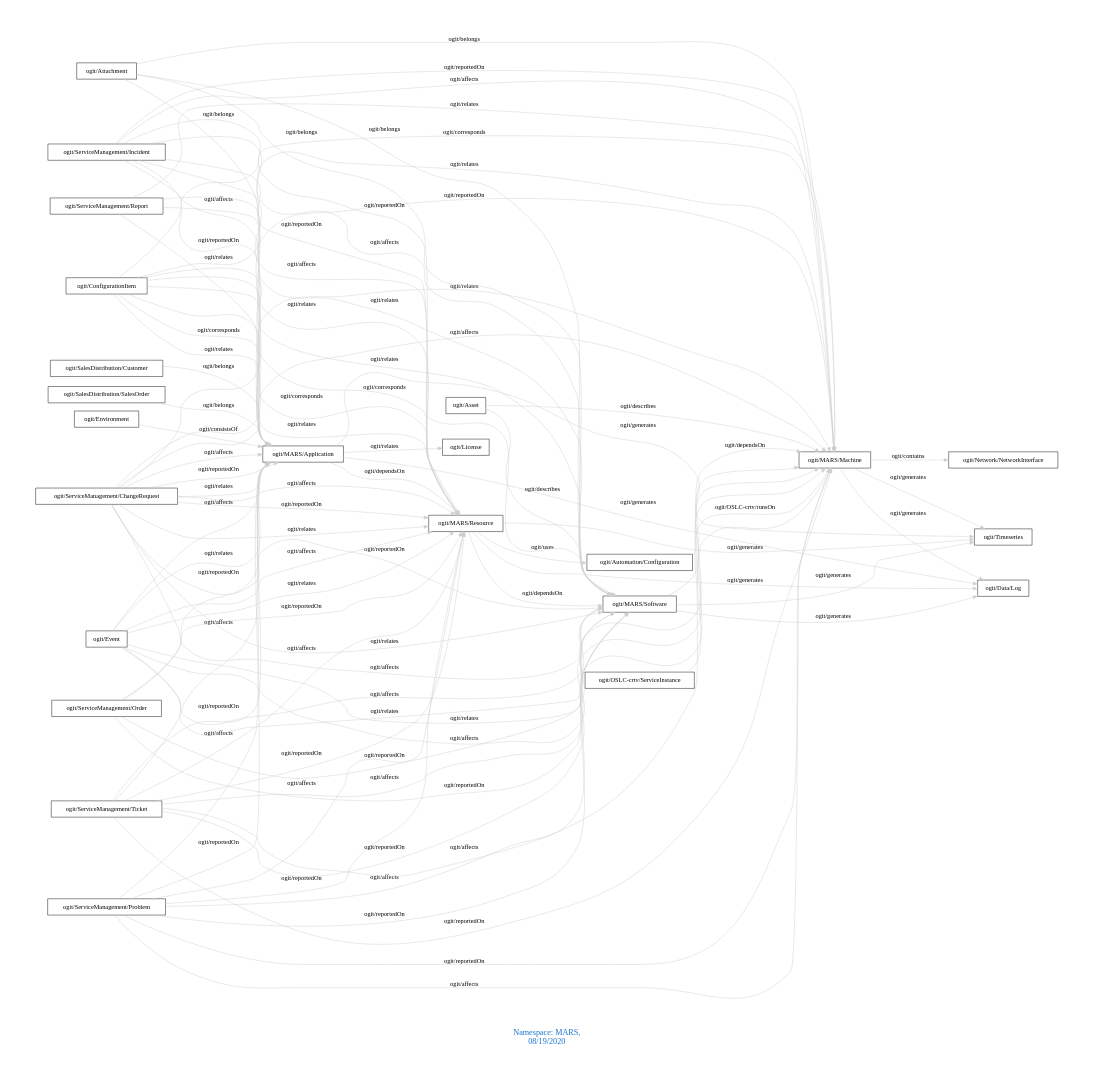
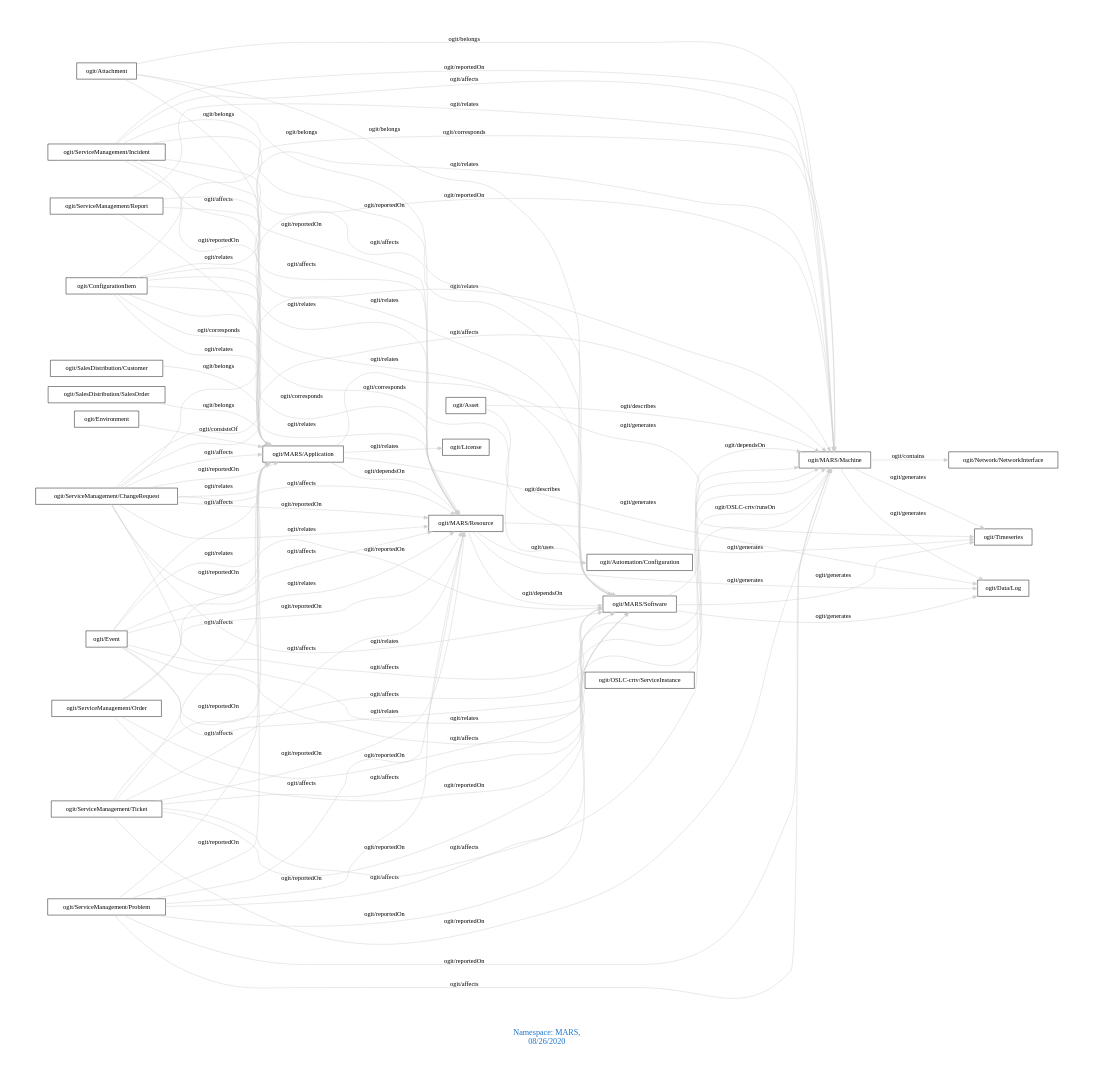
Before and after one commit to arago/OGIT: the diagram in downloads/MARS.dot, drawn with Graphviz. The commit also changed 1814 other files, not shown here.

```diff
--- a/downloads/MARS.dot
+++ b/downloads/MARS.dot
@@ -1,92 +1,92 @@
 digraph OGIT_ontology {
  graph [ rankdir= LR,pad=1 
 fontsize = 18,
-fontcolor= dodgerblue3,label = "\n\n\nNamespace: MARS, \n 08/19/2020"];
+fontcolor= dodgerblue3,label = "\n\n\nNamespace: MARS, \n 08/26/2020"];
 node[shape=polygon];
 edge [  color="gray81"];
 
    "ogit/MARS/Machine" -> "ogit/Network/NetworkInterface" [label="   ogit/contains    "];
    "ogit/MARS/Application" -> "ogit/Data/Log" [label="   ogit/generates    "];
    "ogit/MARS/Application" -> "ogit/Timeseries" [label="   ogit/generates    "];
    "ogit/MARS/Machine" -> "ogit/Data/Log" [label="   ogit/generates    "];
    "ogit/MARS/Machine" -> "ogit/Timeseries" [label="   ogit/generates    "];
    "ogit/MARS/Resource" -> "ogit/Data/Log" [label="   ogit/generates    "];
    "ogit/MARS/Resource" -> "ogit/Timeseries" [label="   ogit/generates    "];
    "ogit/MARS/Software" -> "ogit/Data/Log" [label="   ogit/generates    "];
    "ogit/MARS/Software" -> "ogit/Timeseries" [label="   ogit/generates    "];
    "ogit/Asset" -> "ogit/MARS/Software" [label="   ogit/describes    "];
    "ogit/Asset" -> "ogit/MARS/Machine" [label="   ogit/describes    "];
    "ogit/ConfigurationItem" -> "ogit/MARS/Application" [label="   ogit/corresponds    "];
    "ogit/ConfigurationItem" -> "ogit/MARS/Resource" [label="   ogit/corresponds    "];
    "ogit/ConfigurationItem" -> "ogit/MARS/Software" [label="   ogit/corresponds    "];
    "ogit/ConfigurationItem" -> "ogit/MARS/Machine" [label="   ogit/corresponds    "];
    "ogit/ServiceManagement/ChangeRequest" -> "ogit/MARS/Application" [label="   ogit/affects    "];
    "ogit/ServiceManagement/ChangeRequest" -> "ogit/MARS/Resource" [label="   ogit/affects    "];
    "ogit/ServiceManagement/ChangeRequest" -> "ogit/MARS/Software" [label="   ogit/affects    "];
    "ogit/ServiceManagement/ChangeRequest" -> "ogit/MARS/Machine" [label="   ogit/affects    "];
    "ogit/ServiceManagement/Incident" -> "ogit/MARS/Application" [label="   ogit/affects    "];
    "ogit/ServiceManagement/Incident" -> "ogit/MARS/Resource" [label="   ogit/affects    "];
    "ogit/ServiceManagement/Incident" -> "ogit/MARS/Software" [label="   ogit/affects    "];
    "ogit/ServiceManagement/Incident" -> "ogit/MARS/Machine" [label="   ogit/affects    "];
    "ogit/ServiceManagement/Problem" -> "ogit/MARS/Application" [label="   ogit/affects    "];
    "ogit/ServiceManagement/Problem" -> "ogit/MARS/Resource" [label="   ogit/affects    "];
    "ogit/ServiceManagement/Problem" -> "ogit/MARS/Software" [label="   ogit/affects    "];
    "ogit/ServiceManagement/Problem" -> "ogit/MARS/Machine" [label="   ogit/affects    "];
    "ogit/ServiceManagement/Ticket" -> "ogit/MARS/Application" [label="   ogit/affects    "];
    "ogit/ServiceManagement/Ticket" -> "ogit/MARS/Resource" [label="   ogit/affects    "];
    "ogit/ServiceManagement/Ticket" -> "ogit/MARS/Software" [label="   ogit/affects    "];
    "ogit/ServiceManagement/Ticket" -> "ogit/MARS/Machine" [label="   ogit/affects    "];
    "ogit/Event" -> "ogit/MARS/Application" [label="   ogit/affects    "];
    "ogit/Event" -> "ogit/MARS/Resource" [label="   ogit/affects    "];
    "ogit/Event" -> "ogit/MARS/Software" [label="   ogit/affects    "];
    "ogit/Event" -> "ogit/MARS/Machine" [label="   ogit/affects    "];
    "ogit/OSLC-crtv/ServiceInstance" -> "ogit/MARS/Machine" [label="   ogit/OSLC-crtv/runsOn    "];
    "ogit/MARS/Application" -> "ogit/MARS/Resource" [label="   ogit/dependsOn    "];
    "ogit/MARS/Resource" -> "ogit/MARS/Software" [label="   ogit/dependsOn    "];
    "ogit/MARS/Software" -> "ogit/MARS/Machine" [label="   ogit/dependsOn    "];
    "ogit/SalesDistribution/Customer" -> "ogit/MARS/Application" [label="   ogit/belongs    "];
    "ogit/SalesDistribution/SalesOrder" -> "ogit/MARS/Application" [label="   ogit/belongs    "];
    "ogit/Attachment" -> "ogit/MARS/Machine" [label="   ogit/belongs    "];
    "ogit/Attachment" -> "ogit/MARS/Software" [label="   ogit/belongs    "];
    "ogit/Attachment" -> "ogit/MARS/Resource" [label="   ogit/belongs    "];
    "ogit/Attachment" -> "ogit/MARS/Application" [label="   ogit/belongs    "];
    "ogit/MARS/Resource" -> "ogit/Automation/Configuration" [label="   ogit/uses    "];
    "ogit/ServiceManagement/ChangeRequest" -> "ogit/MARS/Machine" [label="   ogit/reportedOn    "];
    "ogit/ServiceManagement/ChangeRequest" -> "ogit/MARS/Software" [label="   ogit/reportedOn    "];
    "ogit/ServiceManagement/ChangeRequest" -> "ogit/MARS/Resource" [label="   ogit/reportedOn    "];
    "ogit/ServiceManagement/ChangeRequest" -> "ogit/MARS/Application" [label="   ogit/reportedOn    "];
    "ogit/ServiceManagement/Incident" -> "ogit/MARS/Machine" [label="   ogit/reportedOn    "];
    "ogit/ServiceManagement/Incident" -> "ogit/MARS/Software" [label="   ogit/reportedOn    "];
    "ogit/ServiceManagement/Incident" -> "ogit/MARS/Resource" [label="   ogit/reportedOn    "];
    "ogit/ServiceManagement/Incident" -> "ogit/MARS/Application" [label="   ogit/reportedOn    "];
    "ogit/ServiceManagement/Order" -> "ogit/MARS/Machine" [label="   ogit/reportedOn    "];
    "ogit/ServiceManagement/Order" -> "ogit/MARS/Software" [label="   ogit/reportedOn    "];
    "ogit/ServiceManagement/Order" -> "ogit/MARS/Resource" [label="   ogit/reportedOn    "];
    "ogit/ServiceManagement/Order" -> "ogit/MARS/Application" [label="   ogit/reportedOn    "];
    "ogit/ServiceManagement/Problem" -> "ogit/MARS/Machine" [label="   ogit/reportedOn    "];
    "ogit/ServiceManagement/Problem" -> "ogit/MARS/Software" [label="   ogit/reportedOn    "];
    "ogit/ServiceManagement/Problem" -> "ogit/MARS/Resource" [label="   ogit/reportedOn    "];
    "ogit/ServiceManagement/Problem" -> "ogit/MARS/Application" [label="   ogit/reportedOn    "];
    "ogit/ServiceManagement/Ticket" -> "ogit/MARS/Machine" [label="   ogit/reportedOn    "];
    "ogit/ServiceManagement/Ticket" -> "ogit/MARS/Software" [label="   ogit/reportedOn    "];
    "ogit/ServiceManagement/Ticket" -> "ogit/MARS/Resource" [label="   ogit/reportedOn    "];
    "ogit/ServiceManagement/Ticket" -> "ogit/MARS/Application" [label="   ogit/reportedOn    "];
    "ogit/Environment" -> "ogit/MARS/Application" [label="   ogit/consistsOf    "];
    "ogit/MARS/Application" -> "ogit/License" [label="   ogit/relates    "];
    "ogit/ServiceManagement/ChangeRequest" -> "ogit/MARS/Machine" [label="   ogit/relates    "];
    "ogit/ServiceManagement/ChangeRequest" -> "ogit/MARS/Software" [label="   ogit/relates    "];
    "ogit/ServiceManagement/ChangeRequest" -> "ogit/MARS/Resource" [label="   ogit/relates    "];
    "ogit/ServiceManagement/ChangeRequest" -> "ogit/MARS/Application" [label="   ogit/relates    "];
    "ogit/ServiceManagement/Report" -> "ogit/MARS/Machine" [label="   ogit/relates    "];
    "ogit/ServiceManagement/Report" -> "ogit/MARS/Software" [label="   ogit/relates    "];
    "ogit/ServiceManagement/Report" -> "ogit/MARS/Resource" [label="   ogit/relates    "];
    "ogit/ServiceManagement/Report" -> "ogit/MARS/Application" [label="   ogit/relates    "];
    "ogit/ConfigurationItem" -> "ogit/MARS/Machine" [label="   ogit/relates    "];
    "ogit/ConfigurationItem" -> "ogit/MARS/Software" [label="   ogit/relates    "];
    "ogit/ConfigurationItem" -> "ogit/MARS/Resource" [label="   ogit/relates    "];
    "ogit/ConfigurationItem" -> "ogit/MARS/Application" [label="   ogit/relates    "];
    "ogit/Event" -> "ogit/MARS/Machine" [label="   ogit/relates    "];
    "ogit/Event" -> "ogit/MARS/Software" [label="   ogit/relates    "];
    "ogit/Event" -> "ogit/MARS/Resource" [label="   ogit/relates    "];
    "ogit/Event" -> "ogit/MARS/Application" [label="   ogit/relates    "];
 }
```
